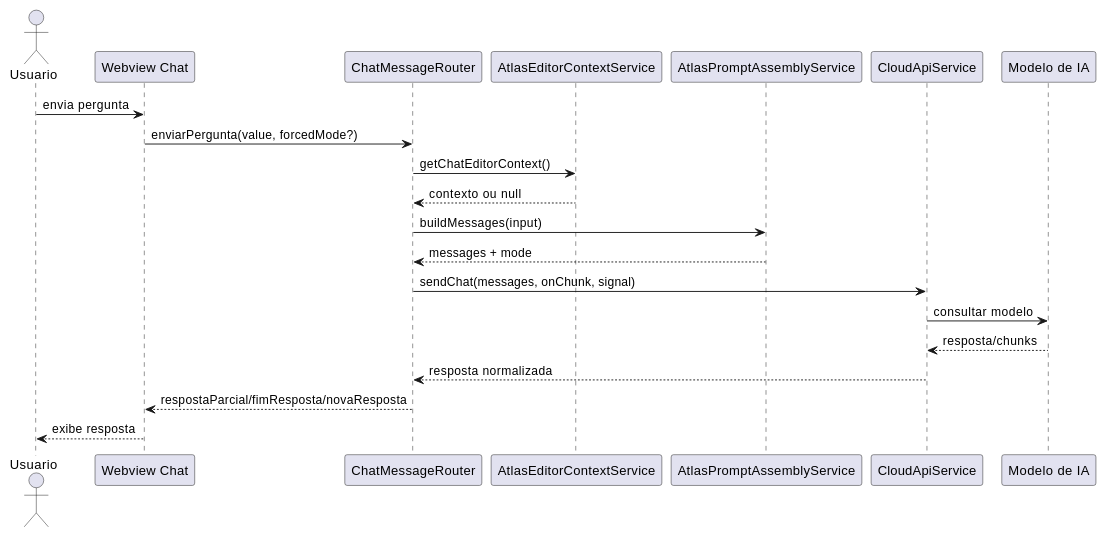
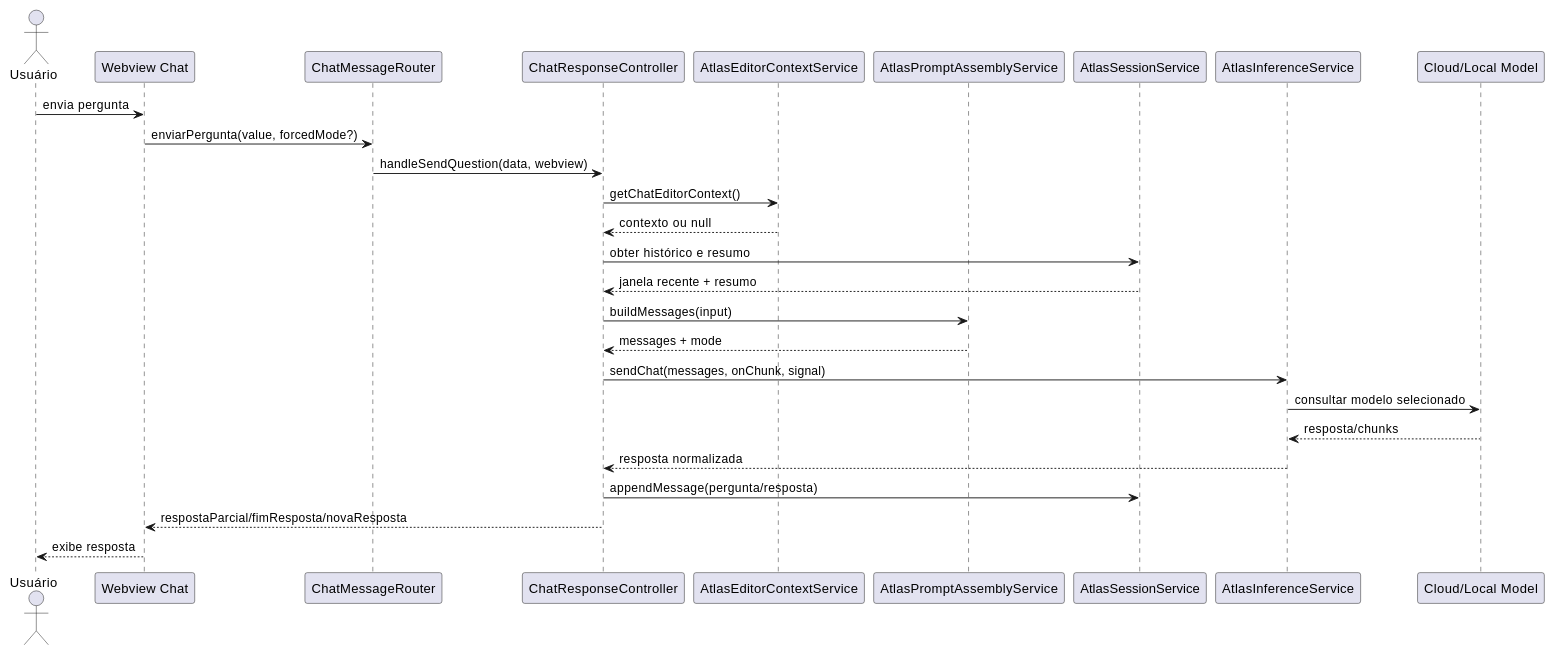
One commit to JVictorVI/ATLAS changed the second of 38 diagrams in docs/plantuml-diagramas-por-caso-de-uso-atlas.md. Above: the diagram before and after it, drawn with PlantUML. The commit also changed other lines of this file and 5 other files, not shown here.

Commit message:
Atualiza diagramas e casos de uso

````diff
--- a/docs/plantuml-diagramas-por-caso-de-uso-atlas.md
+++ b/docs/plantuml-diagramas-por-caso-de-uso-atlas.md
@@ -54,25 +56,31 @@
 ```plantuml
 @startuml
 skinparam shadowing false
-actor Usuario
+actor Usuário
 participant "Webview Chat" as Webview
 participant ChatMessageRouter as Router
+participant ChatResponseController as Response
 participant AtlasEditorContextService as EditorContext
-participant AtlasPromptAssemblyService as PromptAssembly
-participant CloudApiService as CloudApi
-participant "Modelo de IA" as ModeloIA
+participant AtlasPromptAssemblyService as Prompt
+participant AtlasSessionService as Sessions
+participant AtlasInferenceService as Inference
+participant "Cloud/Local Model" as Model
 
-Usuario -> Webview : envia pergunta
+Usuário -> Webview : envia pergunta
 Webview -> Router : enviarPergunta(value, forcedMode?)
-Router -> EditorContext : getChatEditorContext()
-EditorContext --> Router : contexto ou null
-Router -> PromptAssembly : buildMessages(input)
-PromptAssembly --> Router : messages + mode
-Router -> CloudApi : sendChat(messages, onChunk, signal)
-CloudApi -> ModeloIA : consultar modelo
-ModeloIA --> CloudApi : resposta/chunks
-CloudApi --> Router : resposta normalizada
-Router --> Webview : respostaParcial/fimResposta/novaResposta
-Webview --> Usuario : exibe resposta
+Router -> Response : handleSendQuestion(data, webview)
+Response -> EditorContext : getChatEditorContext()
+EditorContext --> Response : contexto ou null
+Response -> Sessions : obter histórico e resumo
+Sessions --> Response : janela recente + resumo
+Response -> Prompt : buildMessages(input)
+Prompt --> Response : messages + mode
+Response -> Inference : sendChat(messages, onChunk, signal)
+Inference -> Model : consultar modelo selecionado
+Model --> Inference : resposta/chunks
+Inference --> Response : resposta normalizada
+Response -> Sessions : appendMessage(pergunta/resposta)
+Response --> Webview : respostaParcial/fimResposta/novaResposta
+Webview --> Usuário : exibe resposta
 @enduml
 ```
````
